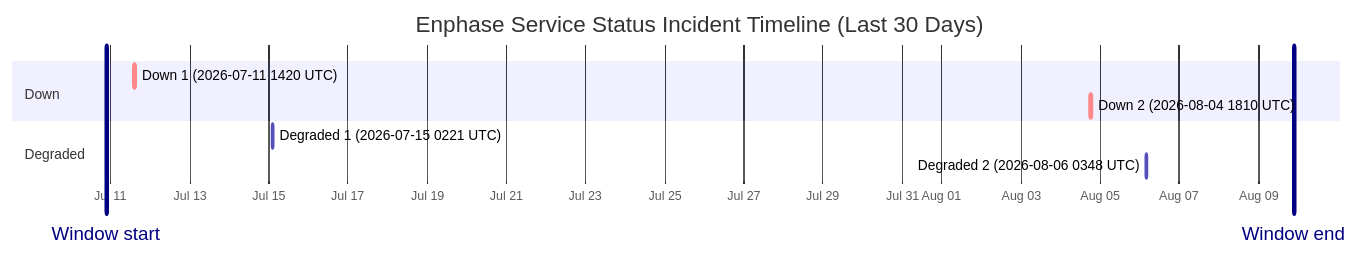
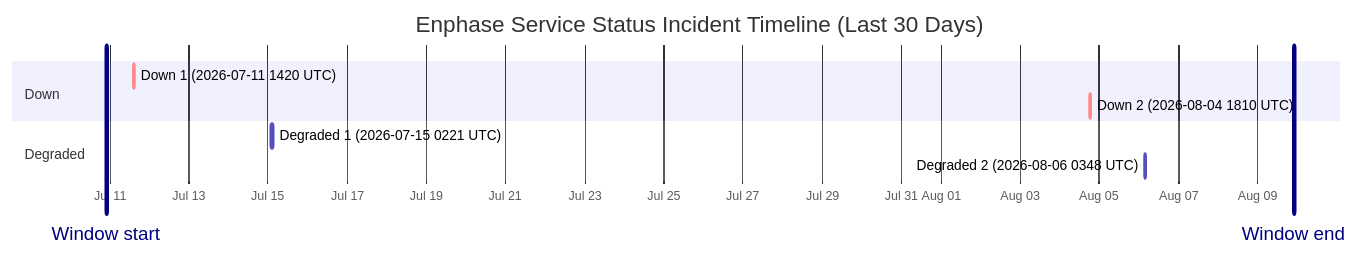
Before and after one commit to barneyonline/ha-enphase-energy: the diagram in wiki/Service-Status-History.md, drawn with Mermaid. The commit also changed other lines of this file and 3 other files, not shown here.

````diff
--- a/wiki/Service-Status-History.md
+++ b/wiki/Service-Status-History.md
@@ -14,14 +14,14 @@
 ```mermaid
 gantt
     title Enphase Service Status Incident Timeline (Last 30 Days)
     dateFormat  YYYY-MM-DDTHH:mm:ss
     axisFormat  %b %d
-    Window start :vert, window-start, 2026-07-10T21:29:55, 0ms
-    Window end :vert, window-end, 2026-08-09T21:29:55, 0ms
+    Window start :vert, window-start, 2026-07-10T21:59:59, 0ms
+    Window end :vert, window-end, 2026-08-09T21:59:59, 0ms
     section Down
     Down 1 (2026-07-11 1420 UTC) :crit, down-1, 2026-07-11T14:20:54, 69m
     Down 2 (2026-08-04 1810 UTC) :crit, down-2, 2026-08-04T18:10:46, 60m
     section Degraded
     Degraded 1 (2026-07-15 0221 UTC) :active, degraded-1, 2026-07-15T02:21:35, 60m
     Degraded 2 (2026-08-06 0348 UTC) :active, degraded-2, 2026-08-06T03:48:14, 60m
 ```
````
